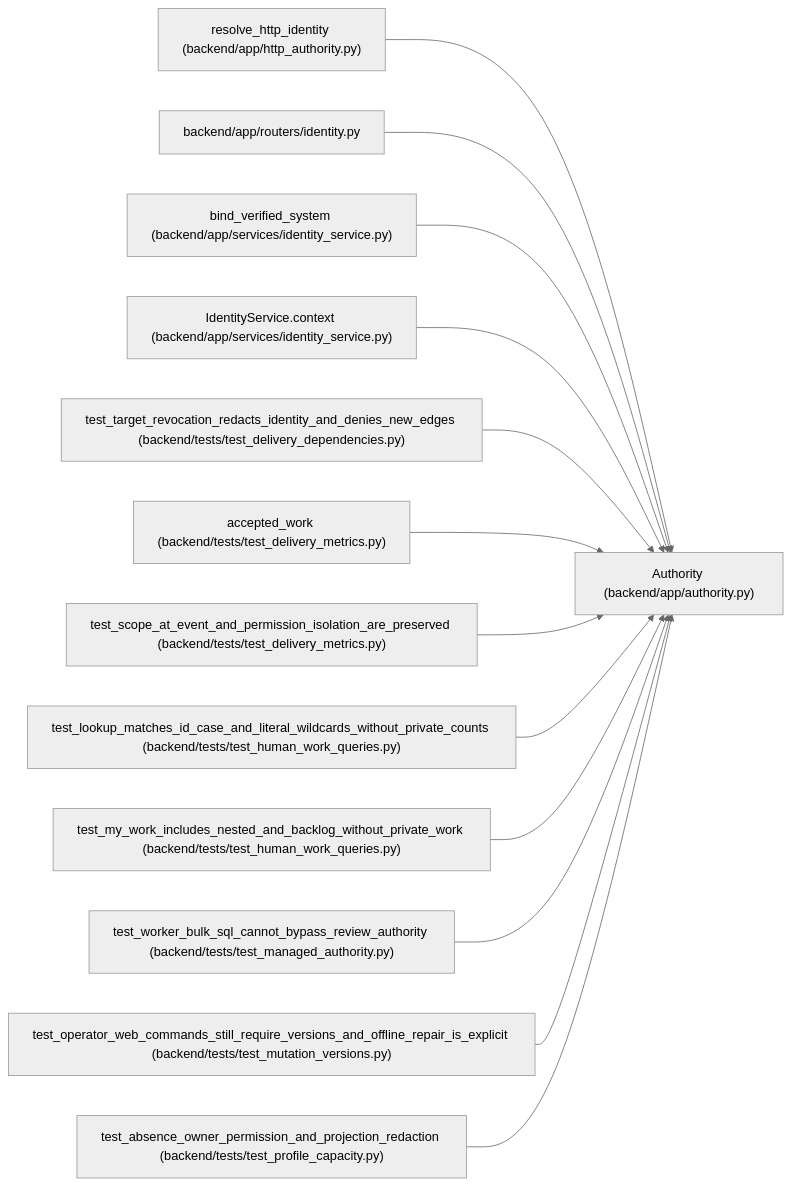
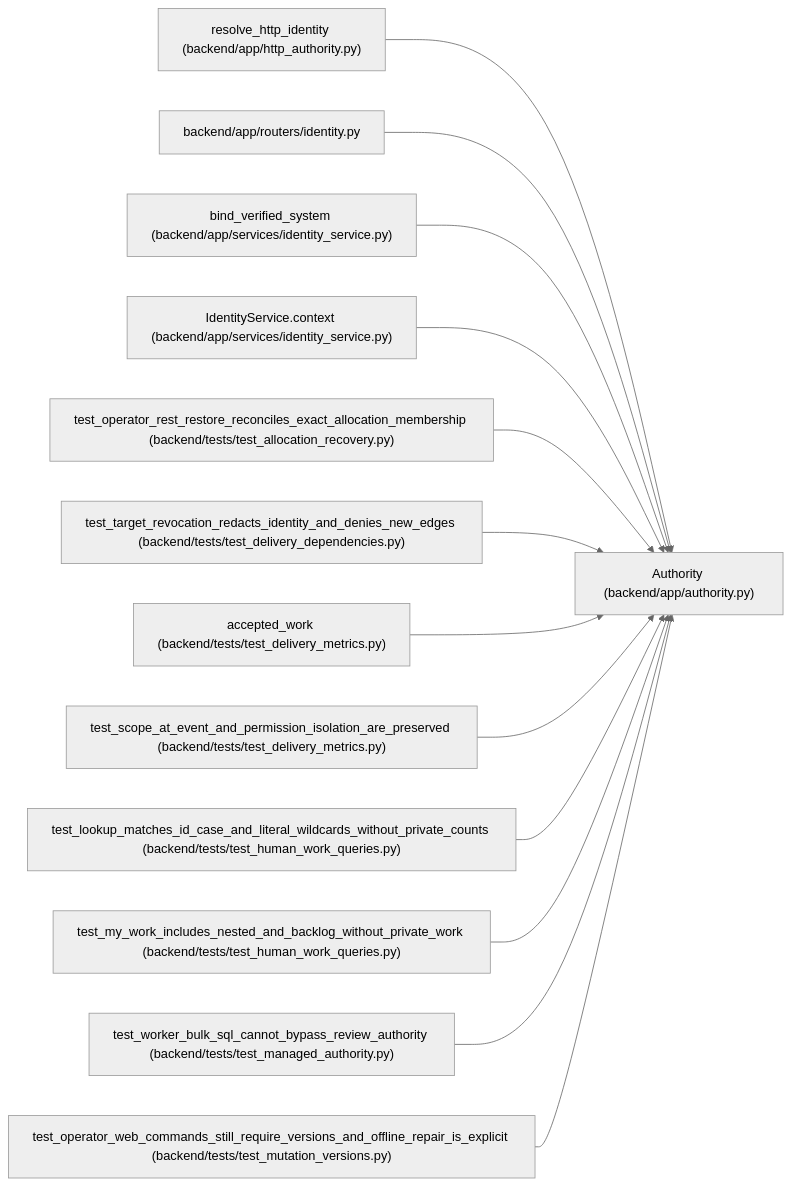
One commit to Denissvgn/WorkChord changed the diagram in docs/llm_wiki/entities/Authority.md. Above: the diagram before and after it, drawn with Mermaid (neutral theme). The commit also changed other lines of this file and 291 other files, not shown here.

Commit message:
docs(wiki): explain atomic allocation membership recovery

````diff
--- a/docs/llm_wiki/entities/Authority.md
+++ b/docs/llm_wiki/entities/Authority.md
@@ -45,41 +45,41 @@
 ```mermaid
 flowchart LR
     n0["Authority (backend/app/authority.py)"]
     n1["resolve_http_identity (backend/app/http_authority.py)"]
     n2["backend/app/routers/identity.py"]
     n3["bind_verified_system (backend/app/services/identity_service.py)"]
     n4["IdentityService.context (backend/app/services/identity_service.py)"]
-    n5["test_target_revocation_redacts_identity_and_denies_new_edges (backend/tests/test_delivery_dependencies.py)"]
-    n6["accepted_work (backend/tests/test_delivery_metrics.py)"]
-    n7["test_scope_at_event_and_permission_isolation_are_preserved (backend/tests/test_delivery_metrics.py)"]
-    n8["test_lookup_matches_id_case_and_literal_wildcards_without_private_counts (backend/tests/test_human_work_queries.py)"]
-    n9["test_my_work_includes_nested_and_backlog_without_private_work (backend/tests/test_human_work_queries.py)"]
-    n10["test_worker_bulk_sql_cannot_bypass_review_authority (backend/tests/test_managed_authority.py)"]
-    n11["test_operator_web_commands_still_require_versions_and_offline_repair_is_explicit (backend/tests/test_mutation_versions.py)"]
-    n12["test_absence_owner_permission_and_projection_redaction (backend/tests/test_profile_capacity.py)"]
+    n5["test_operator_rest_restore_reconciles_exact_allocation_membership (backend/tests/test_allocation_recovery.py)"]
+    n6["test_target_revocation_redacts_identity_and_denies_new_edges (backend/tests/test_delivery_dependencies.py)"]
+    n7["accepted_work (backend/tests/test_delivery_metrics.py)"]
+    n8["test_scope_at_event_and_permission_isolation_are_preserved (backend/tests/test_delivery_metrics.py)"]
+    n9["test_lookup_matches_id_case_and_literal_wildcards_without_private_counts (backend/tests/test_human_work_queries.py)"]
+    n10["test_my_work_includes_nested_and_backlog_without_private_work (backend/tests/test_human_work_queries.py)"]
+    n11["test_worker_bulk_sql_cannot_bypass_review_authority (backend/tests/test_managed_authority.py)"]
+    n12["test_operator_web_commands_still_require_versions_and_offline_repair_is_explicit (backend/tests/test_mutation_versions.py)"]
     n1 --> n0
     n2 --> n0
     n3 --> n0
     n4 --> n0
     n5 --> n0
     n6 --> n0
     n7 --> n0
     n8 --> n0
     n9 --> n0
     n10 --> n0
     n11 --> n0
     n12 --> n0
     click n0 "../modules/authority.md"
     click n1 "../modules/http_authority.md"
     click n2 "../modules/routers_identity.md"
     click n3 "../modules/identity_service.md"
     click n4 "../modules/identity_service.md"
-    click n5 "../modules/test_delivery_dependencies.md"
-    click n6 "../modules/test_delivery_metrics.md"
+    click n5 "../modules/test_allocation_recovery.md"
+    click n6 "../modules/test_delivery_dependencies.md"
     click n7 "../modules/test_delivery_metrics.md"
-    click n8 "../modules/test_human_work_queries.md"
+    click n8 "../modules/test_delivery_metrics.md"
     click n9 "../modules/test_human_work_queries.md"
-    click n10 "../modules/test_managed_authority.md"
-    click n11 "../modules/test_mutation_versions.md"
-    click n12 "../modules/test_profile_capacity.md"
+    click n10 "../modules/test_human_work_queries.md"
+    click n11 "../modules/test_managed_authority.md"
+    click n12 "../modules/test_mutation_versions.md"
 ```
````
